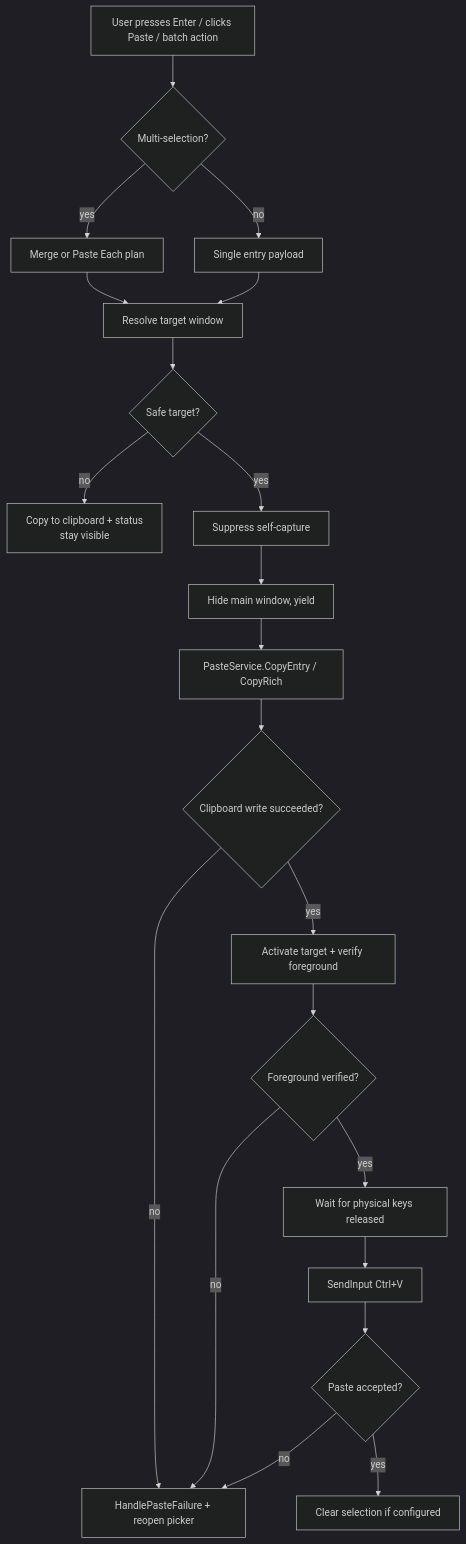
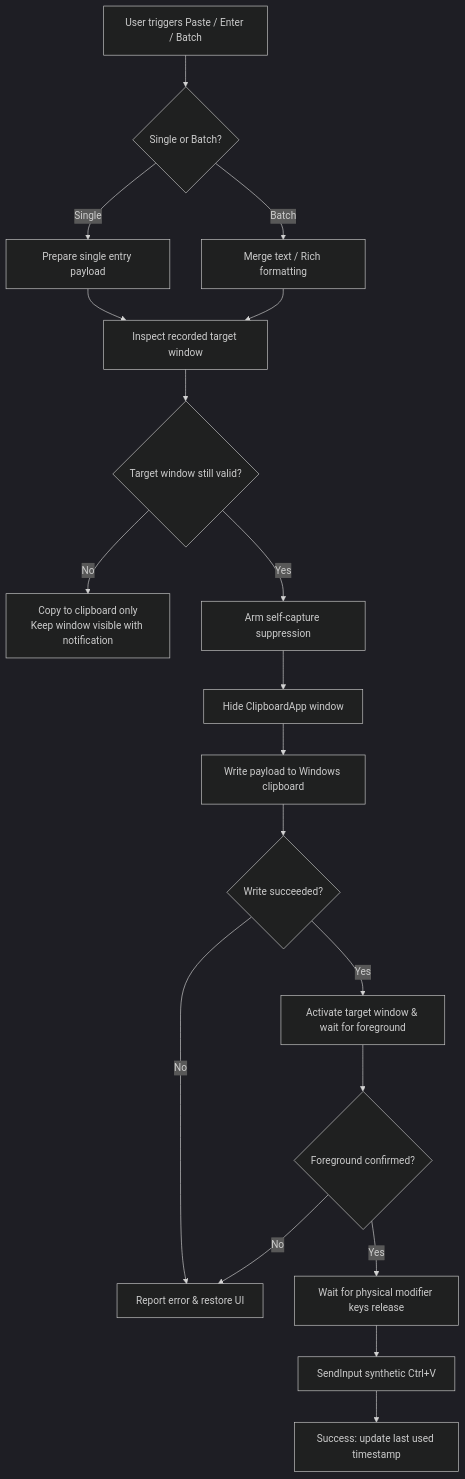
One commit to Mostakim2005/clipboard-manager changed the third of 6 diagrams in docs/ARCHITECTURE.md. Above: the diagram before and after it, drawn with Mermaid (dark theme). The commit also changed other lines of this file and 9 other files, not shown here.

````diff
--- a/docs/ARCHITECTURE.md
+++ b/docs/ARCHITECTURE.md
@@ -116,23 +127,21 @@
 ```mermaid
 flowchart TD
-    A["User presses Enter / clicks Paste / batch action"] --> B{"Multi-selection?"}
-    B -- yes --> C["Merge or Paste Each plan"]
-    B -- no --> D["Single entry payload"]
-    C --> E["Resolve target window"]
+    A["User triggers Paste / Enter / Batch"] --> B{"Single or Batch?"}
+    B -- Single --> C["Prepare single entry payload"]
+    B -- Batch --> D["Merge text / Rich formatting"]
+    C --> E["Inspect recorded target window"]
     D --> E
-    E --> F{"Safe target?"}
-    F -- no --> G["Copy to clipboard + status<br/>stay visible"]
-    F -- yes --> H["Suppress self-capture"]
-    H --> I["Hide main window, yield"]
-    I --> J["PasteService.CopyEntry / CopyRich"]
-    J --> K{"Clipboard write succeeded?"}
-    K -- no --> L["HandlePasteFailure + reopen picker"]
-    K -- yes --> M["Activate target + verify foreground"]
-    M --> N{"Foreground verified?"}
-    N -- no --> L
-    N -- yes --> O["Wait for physical keys released"]
-    O --> P["SendInput Ctrl+V"]
-    P --> Q{"Paste accepted?"}
-    Q -- yes --> R["Clear selection if configured"]
-    Q -- no --> L
+    E --> F{"Target window still valid?"}
+    F -- No --> G["Copy to clipboard only<br/>Keep window visible with notification"]
+    F -- Yes --> H["Arm self-capture suppression"]
+    H --> I["Hide ClipboardApp window"]
+    I --> J["Write payload to Windows clipboard"]
+    J --> K{"Write succeeded?"}
+    K -- No --> L["Report error & restore UI"]
+    K -- Yes --> M["Activate target window & wait for foreground"]
+    M --> N{"Foreground confirmed?"}
+    N -- No --> L
+    N -- Yes --> O["Wait for physical modifier keys release"]
+    O --> P["SendInput synthetic Ctrl+V"]
+    P --> Q["Success: update last used timestamp"]
 ```
````
